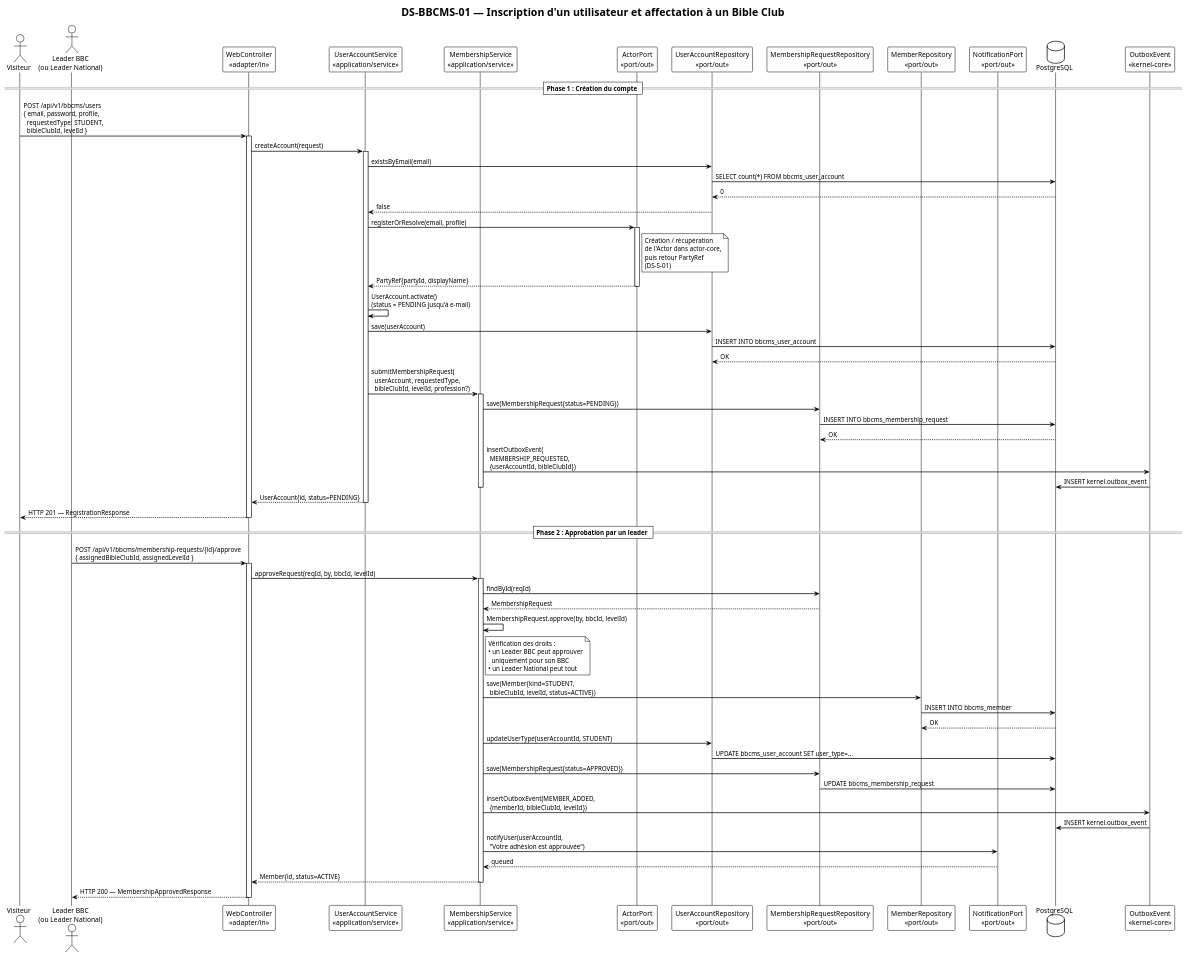
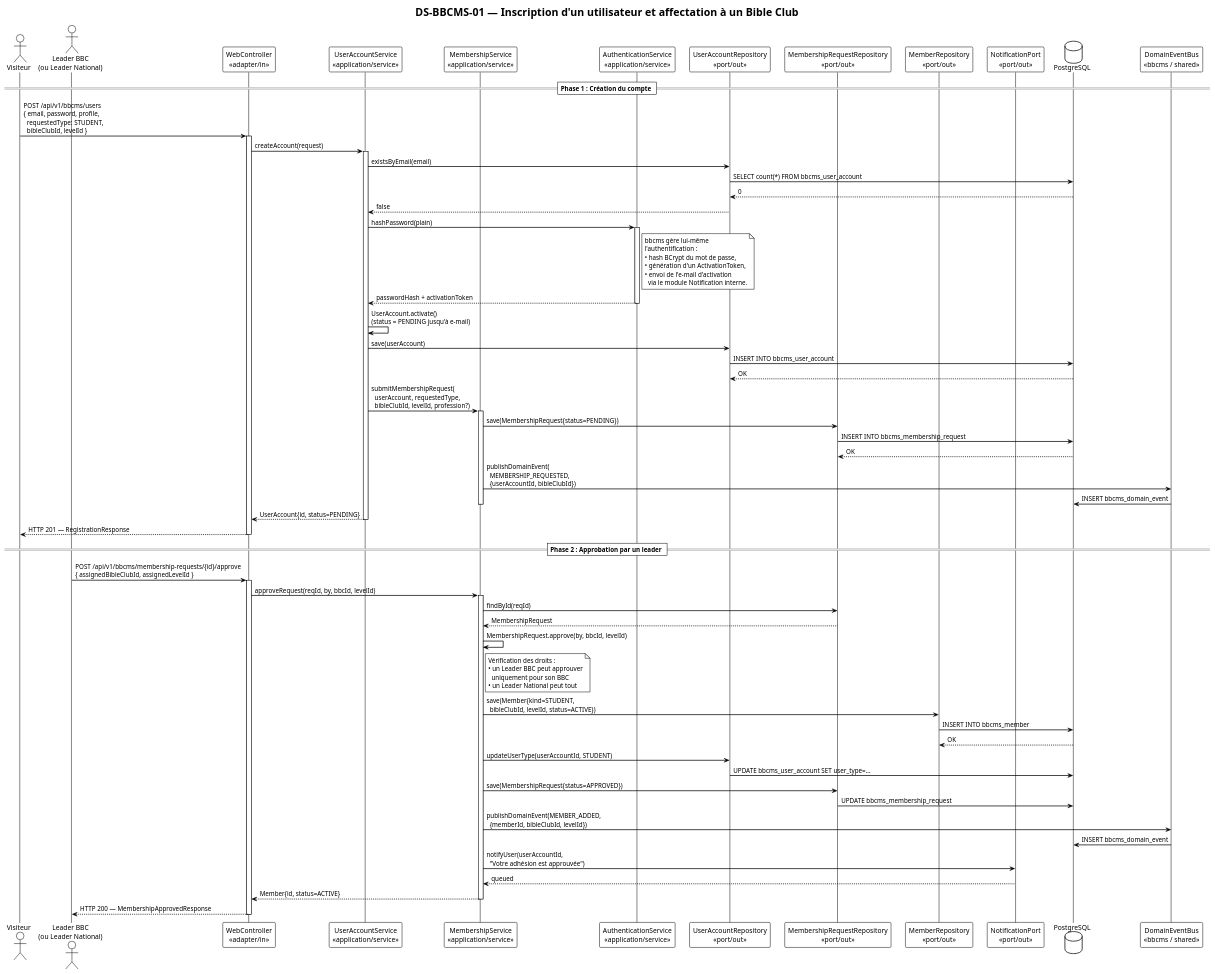
Before and after one commit to TF-Jordan/CairTech: the diagram in bbcms/diagrams/ds-bbcms-01-user-registration.puml, drawn with PlantUML. The commit also changed 34 other files, not shown here.

```diff
--- a/bbcms/diagrams/ds-bbcms-01-user-registration.puml
+++ b/bbcms/diagrams/ds-bbcms-01-user-registration.puml
@@ -1,105 +1,107 @@
 @startuml ds-bbcms-01-user-registration
 !theme plain
 skinparam sequenceArrowThickness 1.5
 
 title DS-BBCMS-01 — Inscription d'un utilisateur et affectation à un Bible Club
 
 actor "Visiteur" as visitor
 actor "Leader BBC\n(ou Leader National)" as leader
 participant "WebController\n<<adapter/in>>" as ctrl
 participant "UserAccountService\n<<application/service>>" as svcUser
 participant "MembershipService\n<<application/service>>" as svcMem
-participant "ActorPort\n<<port/out>>" as actorPort
+participant "AuthenticationService\n<<application/service>>" as svcAuth
 participant "UserAccountRepository\n<<port/out>>" as repoUser
 participant "MembershipRequestRepository\n<<port/out>>" as repoReq
 participant "MemberRepository\n<<port/out>>" as repoMem
 participant "NotificationPort\n<<port/out>>" as notifPort
 database "PostgreSQL" as db
-participant "OutboxEvent\n<<kernel-core>>" as outbox
+participant "DomainEventBus\n<<bbcms / shared>>" as outbox
 
 == Phase 1 : Création du compte ==
 
 visitor -> ctrl : POST /api/v1/bbcms/users\n{ email, password, profile,\n  requestedType: STUDENT,\n  bibleClubId, levelId }
 activate ctrl
 
 ctrl -> svcUser : createAccount(request)
 activate svcUser
 
 svcUser -> repoUser : existsByEmail(email)
 repoUser -> db : SELECT count(*) FROM bbcms_user_account
 db --> repoUser : 0
 repoUser --> svcUser : false
 
-svcUser -> actorPort : registerOrResolve(email, profile)
-activate actorPort
-note right of actorPort
-  Création / récupération
-  de l'Actor dans actor-core,
-  puis retour PartyRef
-  (DS-S-01)
+svcUser -> svcAuth : hashPassword(plain)
+activate svcAuth
+note right of svcAuth
+  bbcms gère lui-même
+  l'authentification :
+  • hash BCrypt du mot de passe,
+  • génération d'un ActivationToken,
+  • envoi de l'e-mail d'activation
+    via le module Notification interne.
 end note
-actorPort --> svcUser : PartyRef{partyId, displayName}
-deactivate actorPort
+svcAuth --> svcUser : passwordHash + activationToken
+deactivate svcAuth
 
 svcUser -> svcUser : UserAccount.activate()\n(status = PENDING jusqu'à e-mail)
 svcUser -> repoUser : save(userAccount)
 repoUser -> db : INSERT INTO bbcms_user_account
 db --> repoUser : OK
 
 svcUser -> svcMem : submitMembershipRequest(\n  userAccount, requestedType,\n  bibleClubId, levelId, profession?)
 activate svcMem
 svcMem -> repoReq : save(MembershipRequest{status=PENDING})
 repoReq -> db : INSERT INTO bbcms_membership_request
 db --> repoReq : OK
 
-svcMem -> outbox : insertOutboxEvent(\n  MEMBERSHIP_REQUESTED,\n  {userAccountId, bibleClubId})
-outbox -> db : INSERT kernel.outbox_event
+svcMem -> outbox : publishDomainEvent(\n  MEMBERSHIP_REQUESTED,\n  {userAccountId, bibleClubId})
+outbox -> db : INSERT bbcms_domain_event
 deactivate svcMem
 
 svcUser --> ctrl : UserAccount{id, status=PENDING}
 deactivate svcUser
 ctrl --> visitor : HTTP 201 — RegistrationResponse
 deactivate ctrl
 
 == Phase 2 : Approbation par un leader ==
 
 leader -> ctrl : POST /api/v1/bbcms/membership-requests/{id}/approve\n{ assignedBibleClubId, assignedLevelId }
 activate ctrl
 
 ctrl -> svcMem : approveRequest(reqId, by, bbcId, levelId)
 activate svcMem
 
 svcMem -> repoReq : findById(reqId)
 repoReq --> svcMem : MembershipRequest
 svcMem -> svcMem : MembershipRequest.approve(by, bbcId, levelId)
 
 note right of svcMem
   Vérification des droits :
   • un Leader BBC peut approuver
     uniquement pour son BBC
   • un Leader National peut tout
 end note
 
 svcMem -> repoMem : save(Member{kind=STUDENT,\n  bibleClubId, levelId, status=ACTIVE})
 repoMem -> db : INSERT INTO bbcms_member
 db --> repoMem : OK
 
 svcMem -> repoUser : updateUserType(userAccountId, STUDENT)
 repoUser -> db : UPDATE bbcms_user_account SET user_type=...
 
 svcMem -> repoReq : save(MembershipRequest{status=APPROVED})
 repoReq -> db : UPDATE bbcms_membership_request
 
-svcMem -> outbox : insertOutboxEvent(MEMBER_ADDED,\n  {memberId, bibleClubId, levelId})
-outbox -> db : INSERT kernel.outbox_event
+svcMem -> outbox : publishDomainEvent(MEMBER_ADDED,\n  {memberId, bibleClubId, levelId})
+outbox -> db : INSERT bbcms_domain_event
 
 svcMem -> notifPort : notifyUser(userAccountId,\n  "Votre adhésion est approuvée")
 notifPort --> svcMem : queued
 
 svcMem --> ctrl : Member{id, status=ACTIVE}
 deactivate svcMem
 
 ctrl --> leader : HTTP 200 — MembershipApprovedResponse
 deactivate ctrl
 
 @enduml
```
